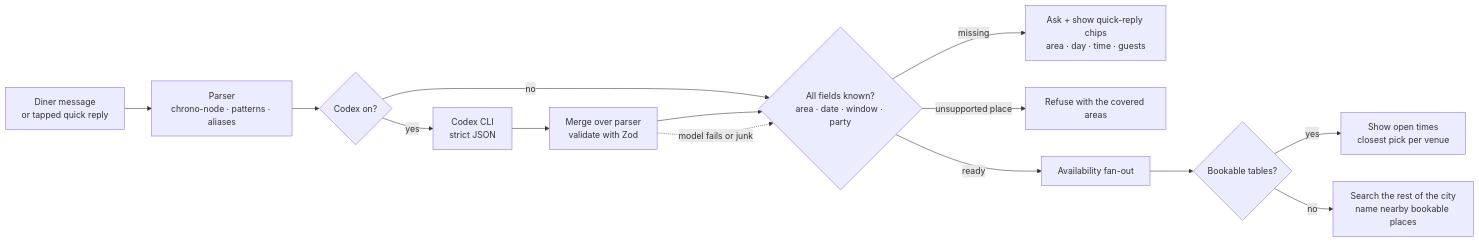
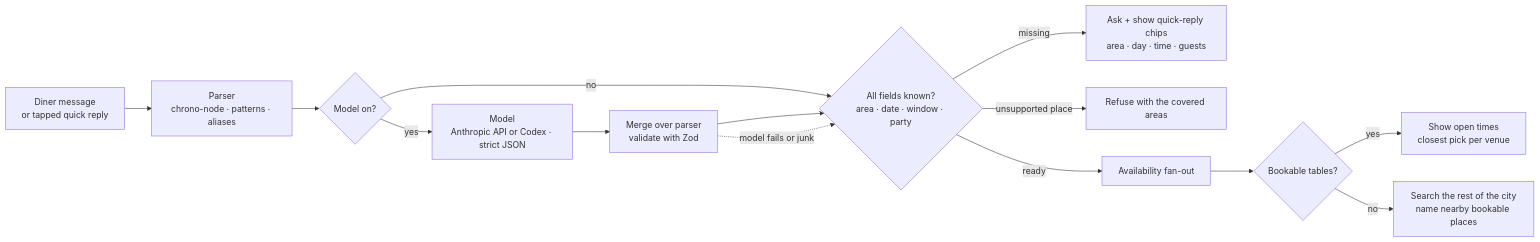
Before and after one commit to Dileep2896/pearl-table-concierge: the fourth of 7 diagrams in ARCHITECTURE.md, drawn with Mermaid. The commit also changed other lines of this file and 3 other files, not shown here.

````diff
--- a/ARCHITECTURE.md
+++ b/ARCHITECTURE.md
@@ -80,15 +90,15 @@
 ```mermaid
 flowchart LR
   M[Diner message<br/>or tapped quick reply] --> P[Parser<br/>chrono-node · patterns · aliases]
-  P --> C{Codex on?}
-  C -->|yes| X[Codex CLI<br/>strict JSON] --> MG[Merge over parser<br/>validate with Zod]
+  P --> C{Model on?}
+  C -->|yes| X[Model<br/>Anthropic API or Codex · strict JSON] --> MG[Merge over parser<br/>validate with Zod]
   C -->|no| V
   MG --> V{All fields known?<br/>area · date · window · party}
   MG -.->|model fails or junk| V
   V -->|missing| Q[Ask + show quick-reply chips<br/>area · day · time · guests]
   V -->|unsupported place| R[Refuse with the covered areas]
   V -->|ready| F[Availability fan-out]
   F --> B{Bookable tables?}
   B -->|yes| S[Show open times<br/>closest pick per venue]
   B -->|no| N[Search the rest of the city<br/>name nearby bookable places]
 ```
````
